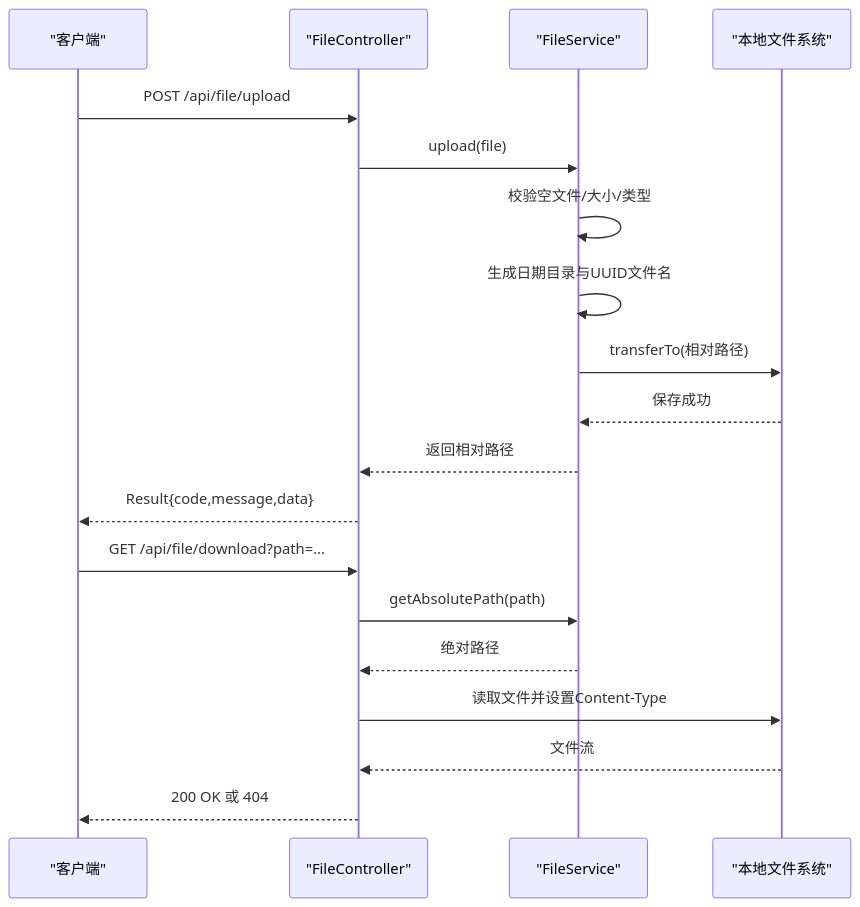
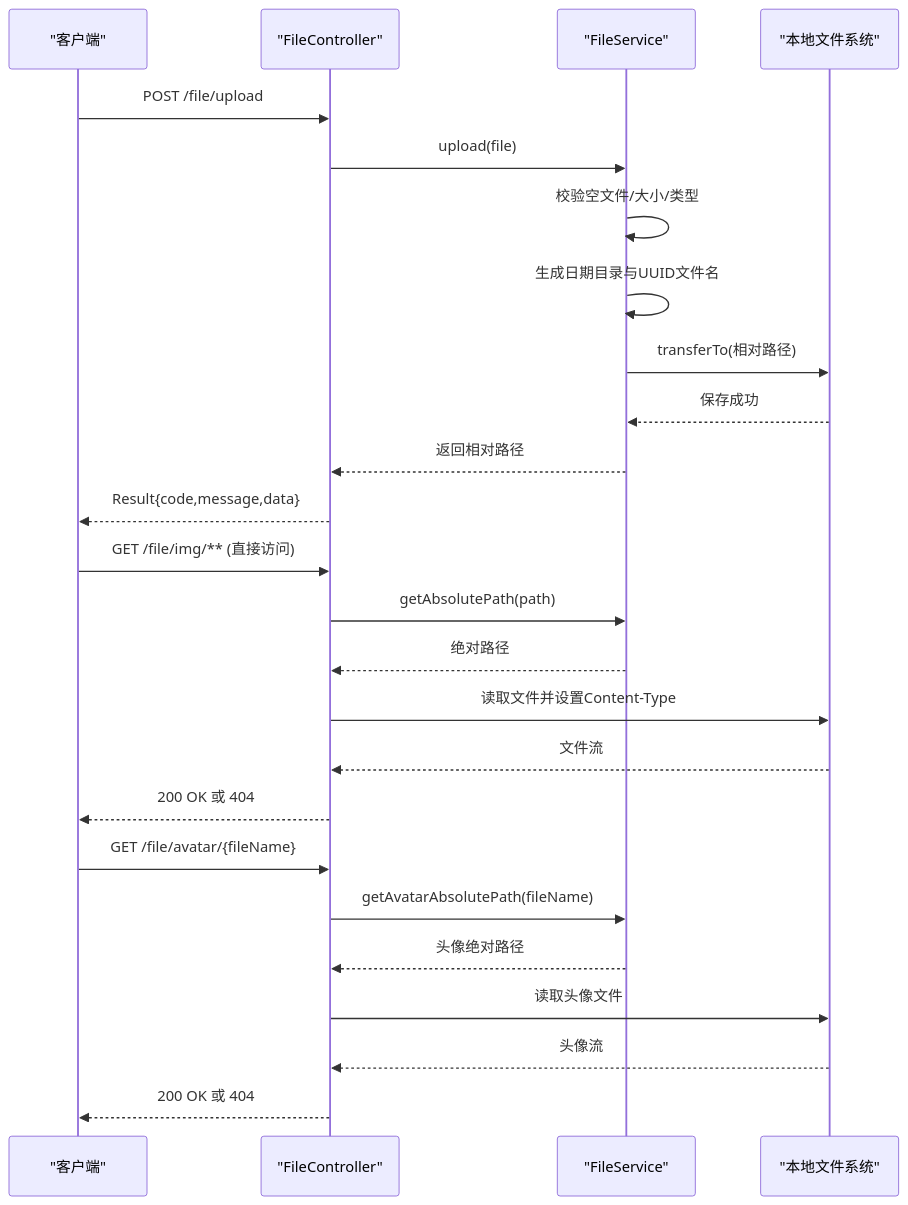
One commit to 20164206160/zhishilu changed the third of 6 diagrams in .qoder/repowiki/zh/content/文件上传系统.md. Above: the diagram before and after it, drawn with Mermaid. The commit also changed other lines of this file and 28 other files, not shown here.

````diff
--- a/.qoder/repowiki/zh/content/文件上传系统.md
+++ b/.qoder/repowiki/zh/content/文件上传系统.md
@@ -124,21 +153,27 @@
 ```mermaid
 sequenceDiagram
 participant Client as "客户端"
 participant Ctrl as "FileController"
 participant Svc as "FileService"
 participant FS as "本地文件系统"
-Client->>Ctrl : POST /api/file/upload
+Client->>Ctrl : POST /file/upload
 Ctrl->>Svc : upload(file)
 Svc->>Svc : 校验空文件/大小/类型
 Svc->>Svc : 生成日期目录与UUID文件名
 Svc->>FS : transferTo(相对路径)
 FS-->>Svc : 保存成功
 Svc-->>Ctrl : 返回相对路径
 Ctrl-->>Client : Result{code,message,data}
-Client->>Ctrl : GET /api/file/download?path=...
+Client->>Ctrl : GET /file/img/** (直接访问)
 Ctrl->>Svc : getAbsolutePath(path)
 Svc-->>Ctrl : 绝对路径
 Ctrl->>FS : 读取文件并设置Content-Type
 FS-->>Ctrl : 文件流
 Ctrl-->>Client : 200 OK 或 404
+Client->>Ctrl : GET /file/avatar/{fileName}
+Ctrl->>Svc : getAvatarAbsolutePath(fileName)
+Svc-->>Ctrl : 头像绝对路径
+Ctrl->>FS : 读取头像文件
+FS-->>Ctrl : 头像流
+Ctrl-->>Client : 200 OK 或 404
 ```
````
